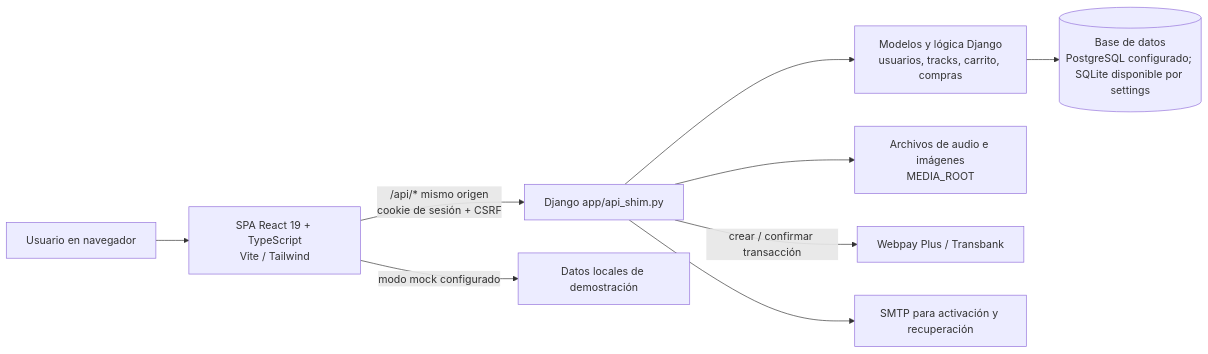
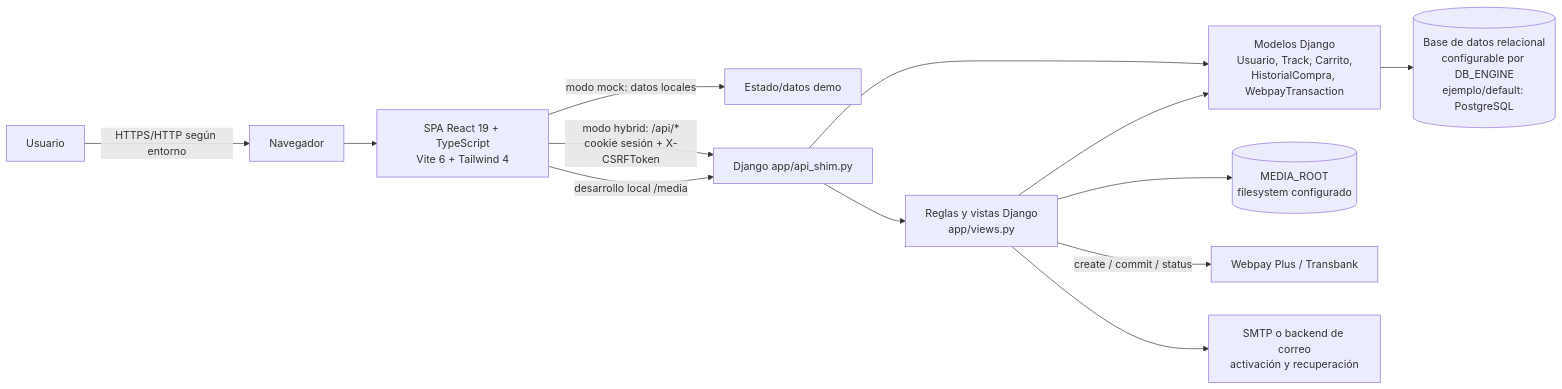
One commit to felipe-urtubia/BeatsCloud changed the diagram in docs/entrega-apt/arquitectura.md. Above: the diagram before and after it, drawn with Mermaid. The commit also changed other lines of this file and 7 other files, not shown here.

````diff
--- a/docs/entrega-apt/arquitectura.md
+++ b/docs/entrega-apt/arquitectura.md
@@ -7,11 +7,15 @@
 ```mermaid
 flowchart LR
-  U[Usuario en navegador] --> SPA[SPA React 19 + TypeScript<br/>Vite / Tailwind]
-  SPA -->|/api/* mismo origen<br/>cookie de sesión + CSRF| API[Django app/api_shim.py]
-  SPA -->|modo mock configurado| MOCK[Datos locales de demostración]
-  API --> DOM[Modelos y lógica Django<br/>usuarios, tracks, carrito, compras]
-  DOM --> DB[(Base de datos<br/>PostgreSQL configurado; SQLite disponible por settings)]
-  API --> MEDIA[Archivos de audio e imágenes<br/>MEDIA_ROOT]
-  API -->|crear / confirmar transacción| WP[Webpay Plus / Transbank]
-  API --> MAIL[SMTP para activación y recuperación]
+  U[Usuario] -->|HTTPS/HTTP según entorno| B[Navegador]
+  B --> SPA[SPA React 19 + TypeScript<br/>Vite 6 + Tailwind 4]
+  SPA -->|modo mock: datos locales| MOCK[Estado/datos demo]
+  SPA -->|modo hybrid: /api/*<br/>cookie sesión + X-CSRFToken| API[Django app/api_shim.py]
+  API --> VIEWS[Reglas y vistas Django<br/>app/views.py]
+  API --> MODELS[Modelos Django<br/>Usuario, Track, Carrito,<br/>HistorialCompra, WebpayTransaction]
+  VIEWS --> MODELS
+  MODELS --> DB[(Base de datos relacional<br/>configurable por DB_ENGINE<br/>ejemplo/default: PostgreSQL)]
+  VIEWS --> FS[(MEDIA_ROOT<br/>filesystem configurado)]
+  VIEWS -->|create / commit / status| WEBPAY[Webpay Plus / Transbank]
+  VIEWS --> SMTP[SMTP o backend de correo<br/>activación y recuperación]
+  SPA -->|desarrollo local /media| API
 ```
````
